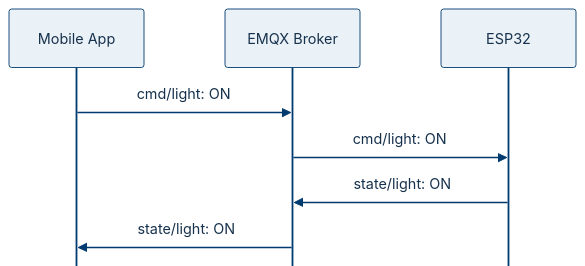
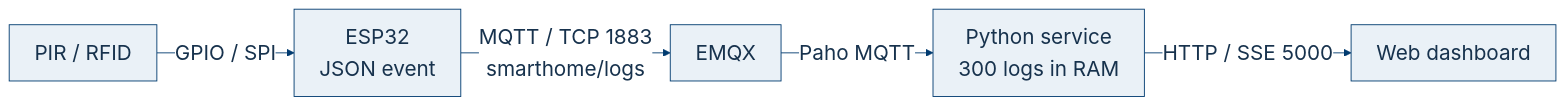
Before and after one commit to itstheblank/esp32_smart_home: the diagram in report/mqtt-flow.mmd, drawn with Mermaid. The commit also changed 4 other files, not shown here.

Commit message:
Expand checkpoint report from project tracker and current code

```diff
--- a/report/mqtt-flow.mmd
+++ b/report/mqtt-flow.mmd
@@ -1,11 +1,8 @@
-%% Mermaid source for switching on a light through MQTT.
-%% State feedback is the target integration flow and needs hardware verification.
-%%{init: {'theme': 'base', 'themeVariables': {'fontFamily': 'Arial', 'fontSize': '22px', 'actorBkg': '#eaf1f7', 'actorBorder': '#003b70', 'actorTextColor': '#17324d', 'actorLineColor': '#003b70', 'signalColor': '#003b70', 'signalTextColor': '#17324d', 'labelBoxBkgColor': '#ffffff', 'labelTextColor': '#17324d', 'sequenceNumberColor': '#17324d'}, 'sequence': {'actorMargin': 90, 'messageMargin': 34, 'mirrorActors': false}}}%%
-sequenceDiagram
-    participant A as Mobile App
-    participant B as EMQX Broker
-    participant E as ESP32
-    A->>B: cmd/light: ON
-    B->>E: cmd/light: ON
-    E->>B: state/light: ON
-    B->>A: state/light: ON
+%% Current sensor-to-dashboard code path on hardware branch 8e0a5a3.
+%% Physical end-to-end test evidence is pending.
+%%{init: {'theme': 'base', 'themeVariables': {'fontFamily': 'Arial', 'fontSize': '23px', 'primaryColor': '#eaf1f7', 'primaryTextColor': '#17324d', 'primaryBorderColor': '#003b70', 'lineColor': '#003b70', 'edgeLabelBackground': '#ffffff'}, 'flowchart': {'curve': 'linear', 'nodeSpacing': 32, 'rankSpacing': 40, 'padding': 14}}}%%
+flowchart LR
+    S["PIR / RFID"] -->|"GPIO / SPI"| E["ESP32<br/>JSON event"]
+    E -->|"MQTT / TCP 1883<br/>smarthome/logs"| B["EMQX"]
+    B -->|"Paho MQTT"| R["Python service<br/>300 logs in RAM"]
+    R -->|"HTTP / SSE 5000"| W["Web dashboard"]
```
